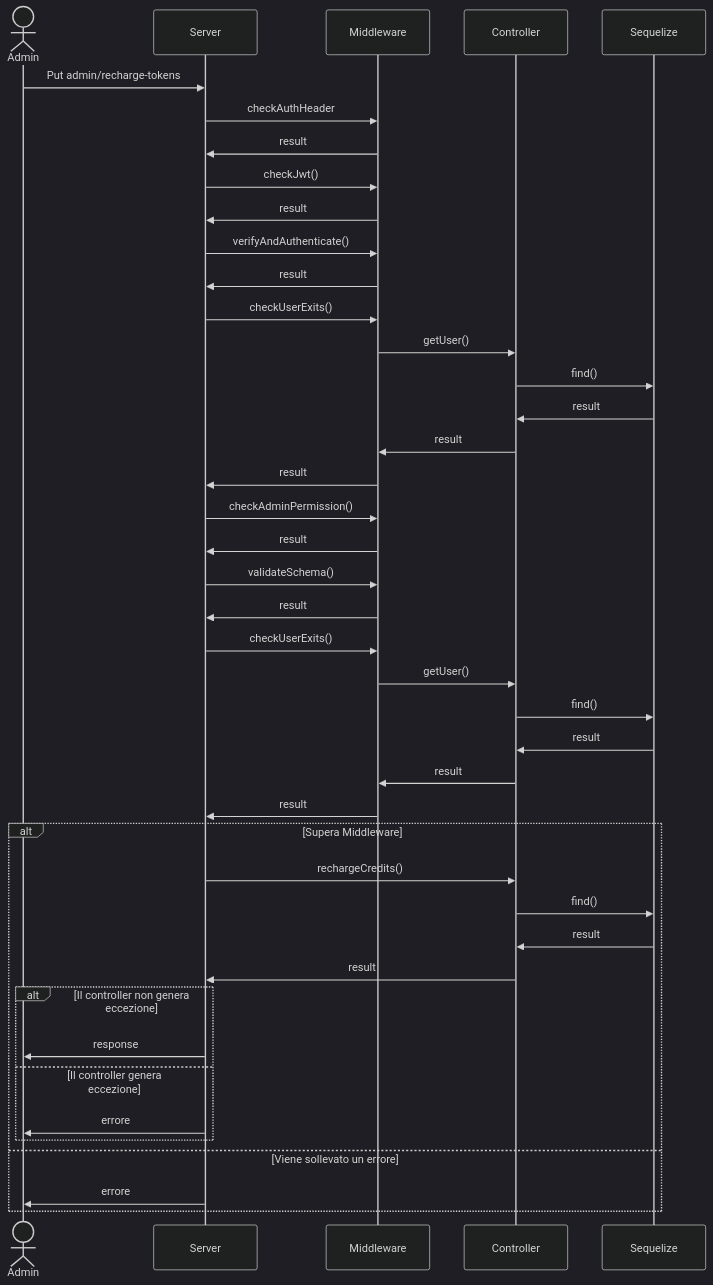
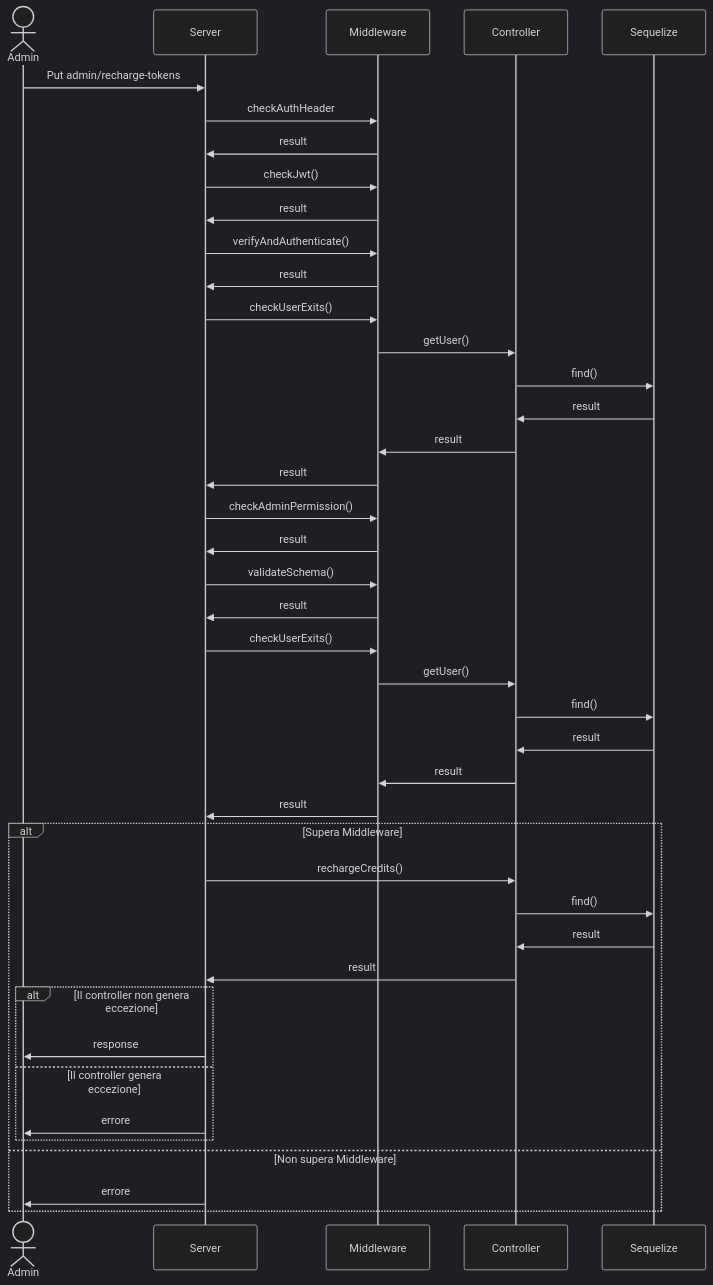
Before and after one commit to AgneseBruglia/PA2024: the sixth of 8 diagrams in README.md, drawn with Mermaid (dark theme). The commit also changed other lines of this file, not shown here.

````diff
--- a/README.md
+++ b/README.md
@@ -307,49 +307,49 @@
 ```mermaid
 sequenceDiagram
      actor Admin
 
     Admin->>Server: Put admin/recharge-tokens
 
     Server->>Middleware: checkAuthHeader
     Middleware->>Server: result
 
     Server->>Middleware: checkJwt()
     Middleware->>Server: result
 
     Server->>Middleware: verifyAndAuthenticate()
     Middleware->>Server: result
 
     Server->>Middleware: checkUserExits()
     Middleware->>Controller: getUser()
     Controller->>Sequelize: find()
     Sequelize->>Controller: result
     Controller->>Middleware: result
     Middleware->>Server: result
 
     Server->>Middleware: checkAdminPermission()
     Middleware->>Server: result
 
     Server->>Middleware: validateSchema()
     Middleware->>Server: result
 
     Server->>Middleware: checkUserExits()
     Middleware->>Controller: getUser()
     Controller->>Sequelize: find()
     Sequelize->>Controller: result
     Controller->>Middleware: result
     Middleware->>Server: result
 
     alt Supera Middleware
         Server->>Controller: rechargeCredits()
         Controller->>Sequelize: find()
         Sequelize->>Controller: result
         Controller->>Server:result
         alt Il controller non genera eccezione
              Server->>Admin: response
         else Il controller genera eccezione
              Server->>Admin: errore
         end 
-    else Viene sollevato un errore
+    else  Non supera Middleware
         Server->>Admin: errore
     end
 ```
````
